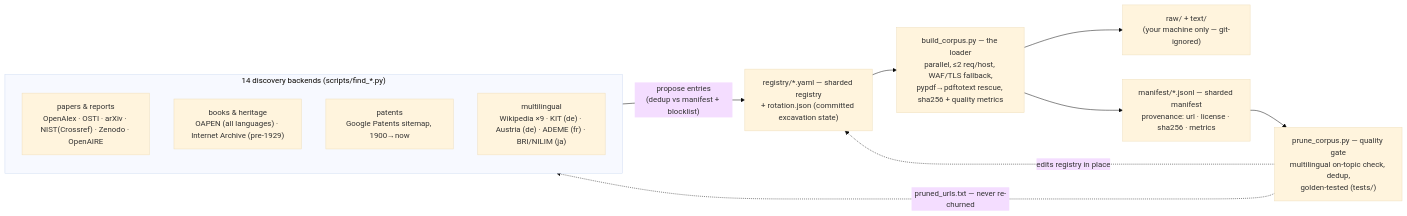
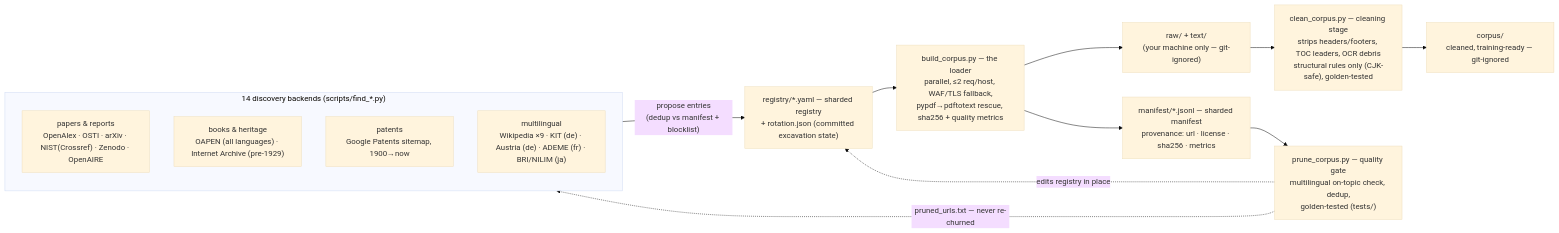
Before and after one commit to OpenNekaise/nekaise-corpus: the diagram in README.md, drawn with Mermaid (base theme). The commit also changed other lines of this file and 13 other files, not shown here.

````diff
--- a/README.md
+++ b/README.md
@@ -66,18 +66,20 @@
 ```mermaid
 flowchart LR
     subgraph FINDERS ["14 discovery backends (scripts/find_*.py)"]
         direction TB
         F1["papers & reports<br/>OpenAlex · OSTI · arXiv · NIST(Crossref) · Zenodo · OpenAIRE"]
         F2["books & heritage<br/>OAPEN (all languages) · Internet Archive (pre-1929)"]
         F3["patents<br/>Google Patents sitemap, 1900→now"]
         F4["multilingual<br/>Wikipedia ×9 · KIT (de) · Austria (de) · ADEME (fr) · BRI/NILIM (ja)"]
     end
     FINDERS -->|"propose entries<br/>(dedup vs manifest + blocklist)"| R
     R["registry/*.yaml — sharded registry<br/>+ rotation.json (committed excavation state)"]
     R --> B["build_corpus.py — the loader<br/>parallel, ≤2 req/host, WAF/TLS fallback,<br/>pypdf→pdftotext rescue, sha256 + quality metrics"]
     B --> D["raw/ + text/<br/>(your machine only — git-ignored)"]
     B --> M["manifest/*.jsonl — sharded manifest<br/>provenance: url · license · sha256 · metrics"]
     M --> P["prune_corpus.py — quality gate<br/>multilingual on-topic check, dedup,<br/>golden-tested (tests/)"]
     P -.->|"edits registry in place"| R
     P -.->|"pruned_urls.txt — never re-churned"| FINDERS
+    D --> C["clean_corpus.py — cleaning stage<br/>strips headers/footers, TOC leaders, OCR debris<br/>structural rules only (CJK-safe), golden-tested"]
+    C --> O["corpus/<br/>cleaned, training-ready — git-ignored"]
 ```
````
